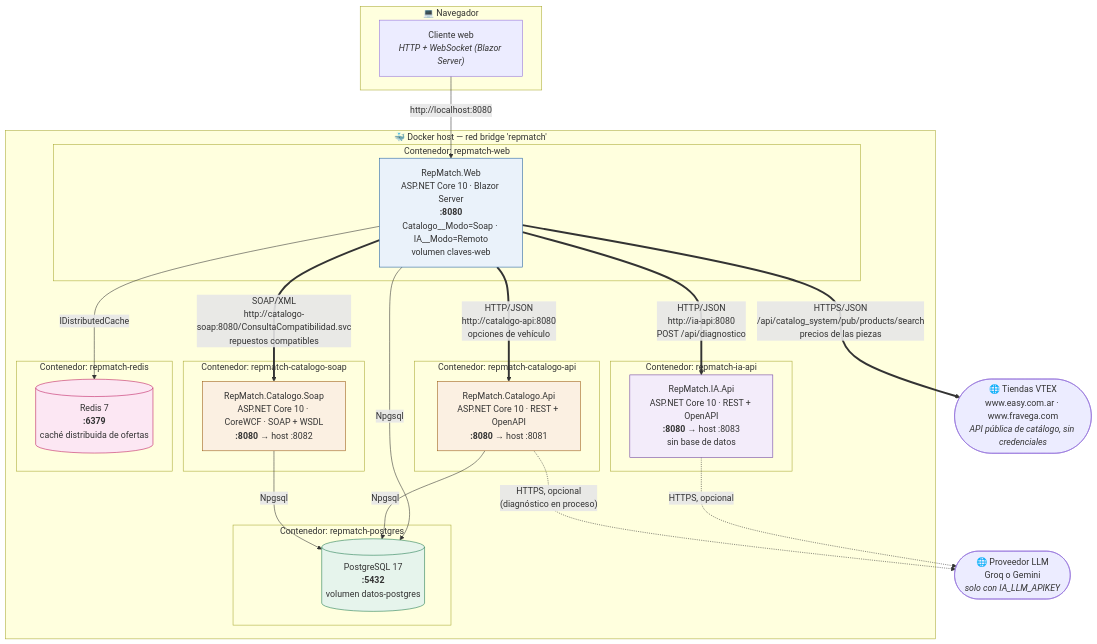
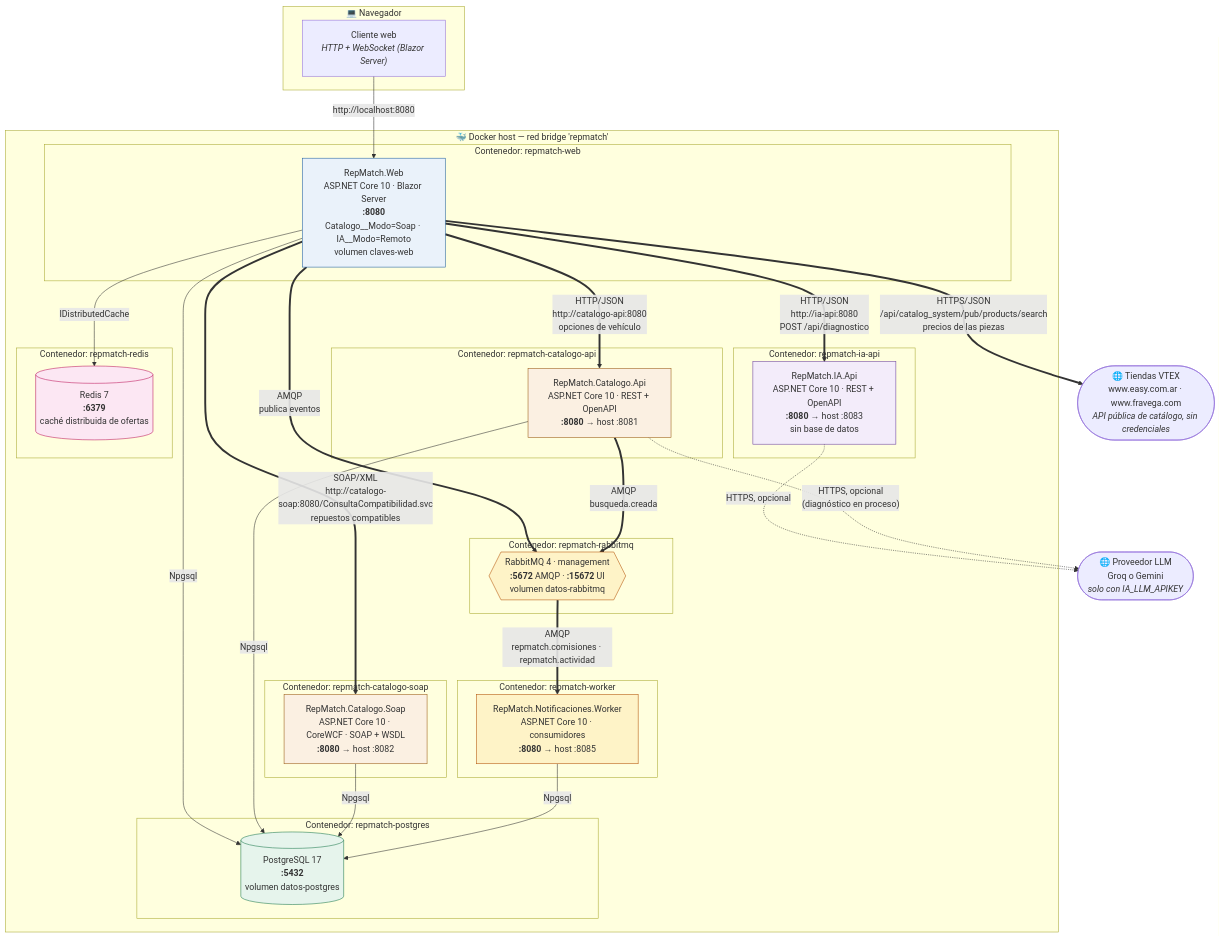
The first of 2 diagrams in docs/diagramas/despliegue.md (lfb-00/tp-apps-2), drawn with Mermaid before and after one commit. The commit also changed other lines of this file and 59 other files, not shown here.

````diff
--- a/docs/diagramas/despliegue.md
+++ b/docs/diagramas/despliegue.md
@@ -9,54 +10,68 @@
 ```mermaid
 flowchart TB
     subgraph nav["💻 Navegador"]
         BR["Cliente web<br/><i>HTTP + WebSocket (Blazor Server)</i>"]
     end
 
     subgraph docker["🐳 Docker host — red bridge 'repmatch'"]
         subgraph c1["Contenedor: repmatch-web"]
             W["RepMatch.Web<br/>ASP.NET Core 10 · Blazor Server<br/><b>:8080</b><br/>Catalogo__Modo=Soap · IA__Modo=Remoto<br/>volumen claves-web"]
         end
 
         subgraph c2["Contenedor: repmatch-catalogo-api"]
             A["RepMatch.Catalogo.Api<br/>ASP.NET Core 10 · REST + OpenAPI<br/><b>:8080</b> → host :8081"]
         end
 
         subgraph c5["Contenedor: repmatch-catalogo-soap"]
             S["RepMatch.Catalogo.Soap<br/>ASP.NET Core 10 · CoreWCF · SOAP + WSDL<br/><b>:8080</b> → host :8082"]
         end
 
         subgraph c4["Contenedor: repmatch-ia-api"]
             IA["RepMatch.IA.Api<br/>ASP.NET Core 10 · REST + OpenAPI<br/><b>:8080</b> → host :8083<br/>sin base de datos"]
         end
 
+        subgraph c6["Contenedor: repmatch-rabbitmq"]
+            MQ{{"RabbitMQ 4 · management<br/><b>:5672</b> AMQP · <b>:15672</b> UI<br/>volumen datos-rabbitmq"}}
+        end
+
+        subgraph c7["Contenedor: repmatch-worker"]
+            WK["RepMatch.Notificaciones.Worker<br/>ASP.NET Core 10 · consumidores<br/><b>:8080</b> → host :8085"]
+        end
+
         subgraph c3["Contenedor: repmatch-postgres"]
             P[("PostgreSQL 17<br/><b>:5432</b><br/>volumen datos-postgres")]
         end
 
-        subgraph c6["Contenedor: repmatch-redis"]
+        subgraph c8["Contenedor: repmatch-redis"]
             R[("Redis 7<br/><b>:6379</b><br/>caché distribuida de ofertas")]
         end
     end
 
     BR -- "http://localhost:8080" --> W
     W == "HTTP/JSON<br/>http://catalogo-api:8080<br/>opciones de vehículo" ==> A
     W == "SOAP/XML<br/>http://catalogo-soap:8080/ConsultaCompatibilidad.svc<br/>repuestos compatibles" ==> S
     W == "HTTP/JSON<br/>http://ia-api:8080<br/>POST /api/diagnostico" ==> IA
     W -- "Npgsql" --> P
     A -- "Npgsql" --> P
     S -- "Npgsql" --> P
     W -- "IDistributedCache" --> R
+    W == "AMQP<br/>publica eventos" ==> MQ
+    A == "AMQP<br/>busqueda.creada" ==> MQ
+    MQ == "AMQP<br/>repmatch.comisiones · repmatch.actividad" ==> WK
+    WK -- "Npgsql" --> P
 
     LLM(["🌐 Proveedor LLM<br/>Groq o Gemini<br/><i>solo con IA_LLM_APIKEY</i>"])
     VT(["🌐 Tiendas VTEX<br/>www.easy.com.ar · www.fravega.com<br/><i>API pública de catálogo, sin credenciales</i>"])
     W == "HTTPS/JSON<br/>/api/catalog_system/pub/products/search<br/>precios de las piezas" ==> VT
     IA -. "HTTPS, opcional" .-> LLM
     A -. "HTTPS, opcional<br/>(diagnóstico en proceso)" .-> LLM
 
     style W fill:#eaf2fa,stroke:#1f5f9e
     style A fill:#fbf0e2,stroke:#9a5b13
     style S fill:#fbf0e2,stroke:#9a5b13
     style IA fill:#f3ecfa,stroke:#6b3fa0
     style P fill:#e6f4ec,stroke:#1f7a4d
     style R fill:#fce7f3,stroke:#be185d
+    style MQ fill:#fef3c7,stroke:#b45309
+    style WK fill:#fef3c7,stroke:#b45309
 ```
````
